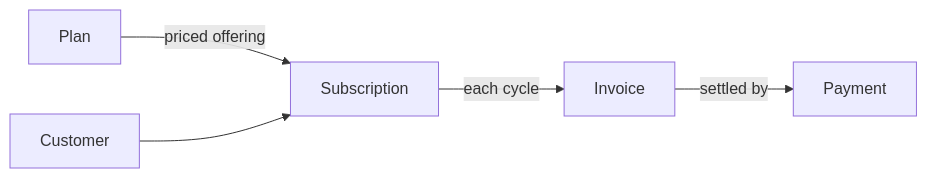
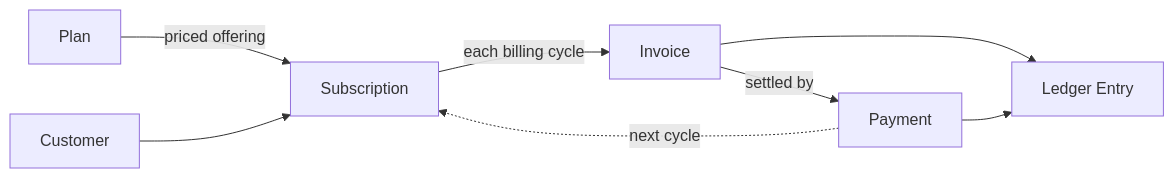
The diagram in core/overview.mdx (swapnull-in/docs), drawn with Mermaid before and after one commit. The commit also changed other lines of this file and 2 other files, not shown here.

Commit message:
docs: add architecture, object-relationship, and lifecycle diagrams to core pages
- concepts: dual-database ledger architecture (PG authoritative + optional
  TigerBeetle mirror) and request -> service -> repository -> ledger flow;
  enrich the object-relationship graph with ledger entries
- core/overview: extend the plan->subscription->invoice->payment flow with the
  recurring cycle and ledger posting
- core/subscriptions: add paused state (pause/resume) to the lifecycle state machine

Claude-Session: https://claude.ai/code/session_01Rfx2ccNmUfqMnJVdxSBcon

````diff
--- a/core/overview.mdx
+++ b/core/overview.mdx
@@ -10,7 +10,10 @@
 ```mermaid
 graph LR
     A[Plan] -->|priced offering| B[Subscription]
     C[Customer] --> B
-    B -->|each cycle| D[Invoice]
+    B -->|each billing cycle| D[Invoice]
     D -->|settled by| E[Payment]
+    E -.->|next cycle| B
+    D --> F[Ledger Entry]
+    E --> F
 ```
````
